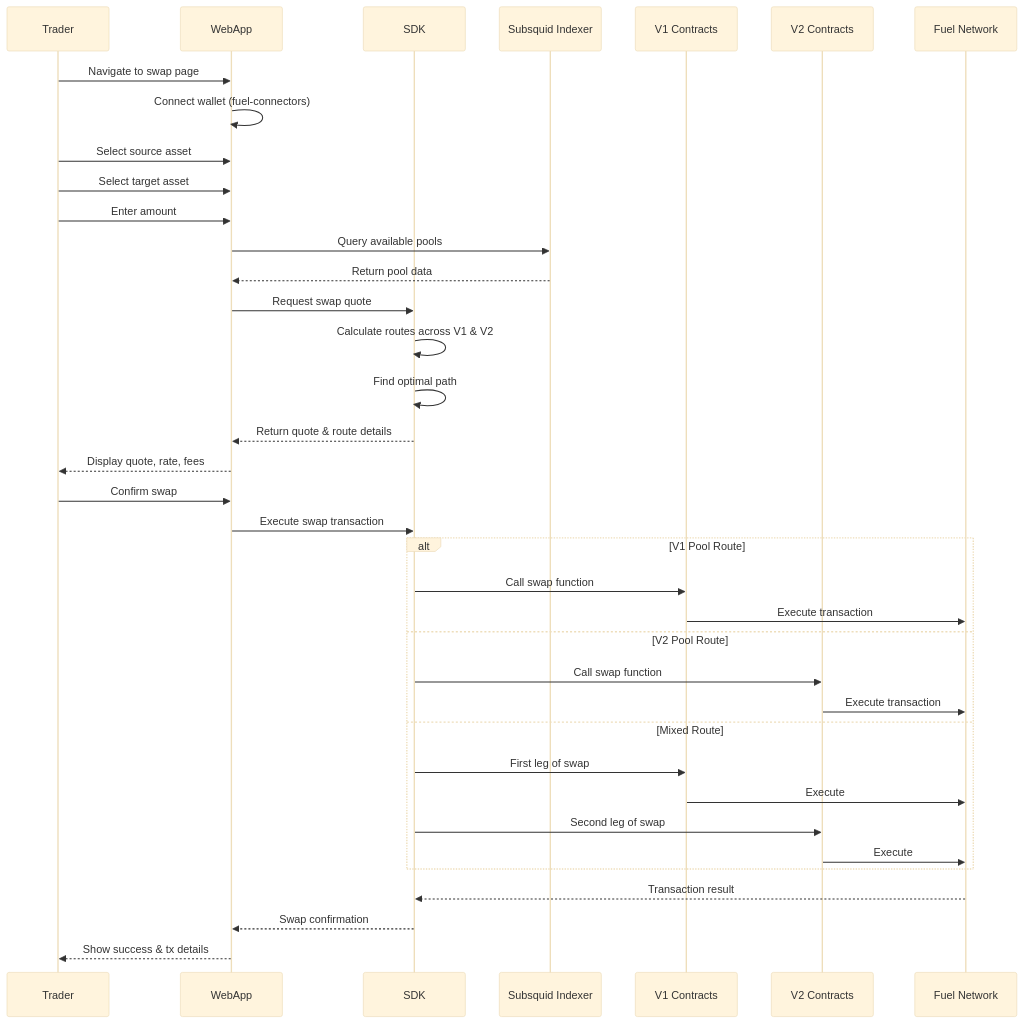
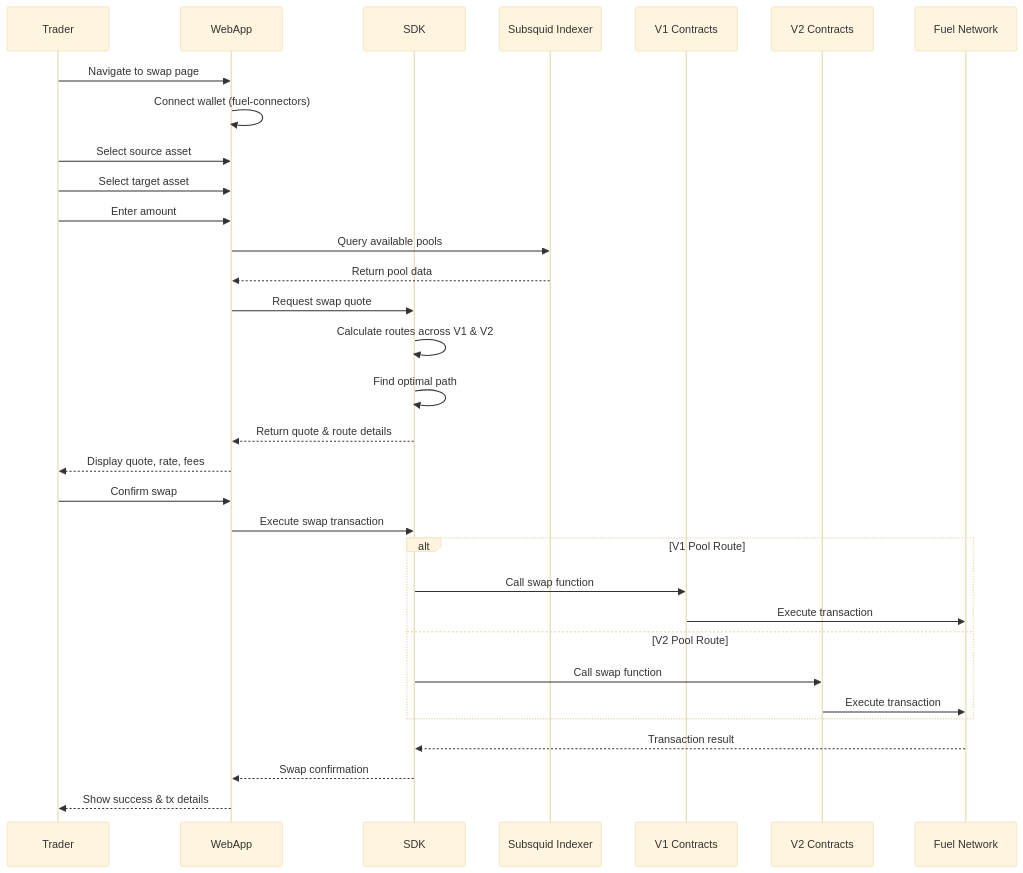
Before and after one commit to mira-amm/mira-amm-web: the first of 8 diagrams in docs/sequences.md, drawn with Mermaid (base theme). The commit also changed other lines of this file, not shown here.

Commit message:
docs(arch): Slight corrections to sequence diagrams for V2

````diff
--- a/docs/sequences.md
+++ b/docs/sequences.md
@@ -10,47 +14,42 @@
 ```mermaid
 sequenceDiagram
     participant Trader
     participant WebApp
     participant SDK
     participant Subsquid as Subsquid Indexer
     participant V1 as V1 Contracts
     participant V2 as V2 Contracts
     participant Fuel as Fuel Network
-    
+
     Trader->>WebApp: Navigate to swap page
     WebApp->>WebApp: Connect wallet (fuel-connectors)
-    
+
     Trader->>WebApp: Select source asset
     Trader->>WebApp: Select target asset
     Trader->>WebApp: Enter amount
-    
+
     WebApp->>Subsquid: Query available pools
     Subsquid-->>WebApp: Return pool data
-    
+
     WebApp->>SDK: Request swap quote
     SDK->>SDK: Calculate routes across V1 & V2
     SDK->>SDK: Find optimal path
     SDK-->>WebApp: Return quote & route details
-    
+
     WebApp-->>Trader: Display quote, rate, fees
-    
+
     Trader->>WebApp: Confirm swap
     WebApp->>SDK: Execute swap transaction
-    
+
     alt V1 Pool Route
         SDK->>V1: Call swap function
         V1->>Fuel: Execute transaction
     else V2 Pool Route
         SDK->>V2: Call swap function
         V2->>Fuel: Execute transaction
-    else Mixed Route
-        SDK->>V1: First leg of swap
-        V1->>Fuel: Execute
-        SDK->>V2: Second leg of swap
-        V2->>Fuel: Execute
     end
-    
+
     Fuel-->>SDK: Transaction result
     SDK-->>WebApp: Swap confirmation
     WebApp-->>Trader: Show success & tx details
 ```
````
